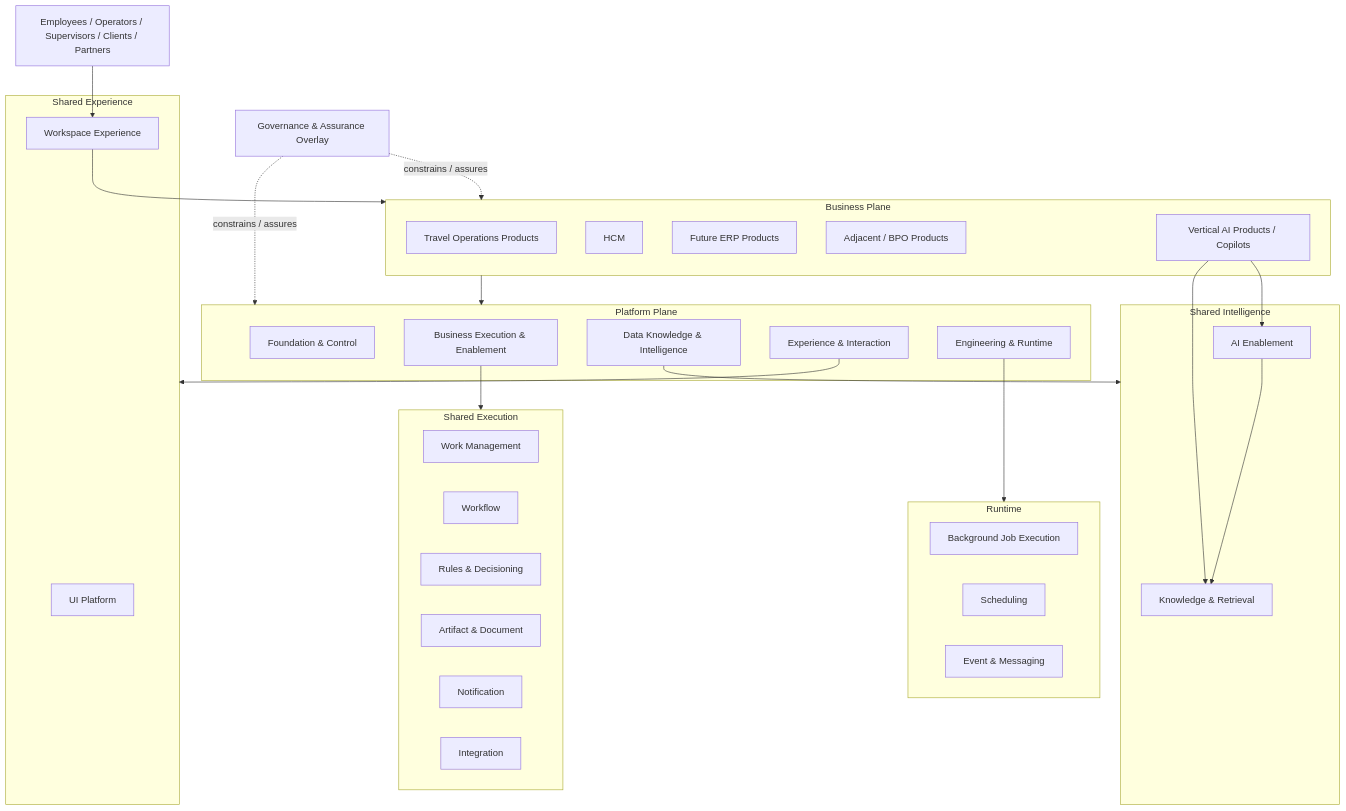
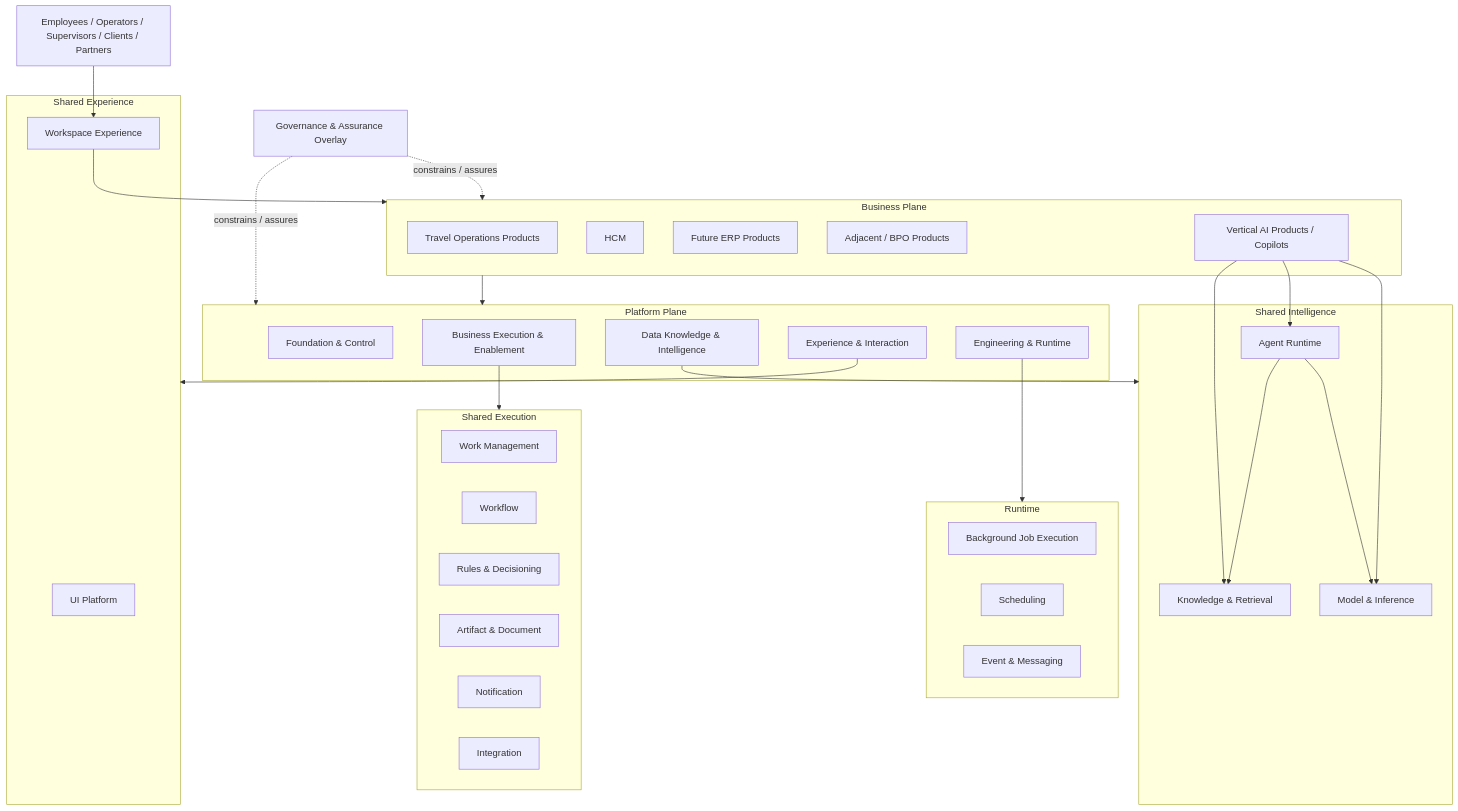
One commit to anshacerbia2/scnehaux-architecture changed the first of 2 diagrams in 01-enterprise/EAD-002-enterprise-system-landscape.md. Above: the diagram before and after it, drawn with Mermaid. The commit also changed other lines of this file and 30 other files, not shown here.

Commit message:
refine platform execution and AI architecture

````diff
--- a/01-enterprise/EAD-002-enterprise-system-landscape.md
+++ b/01-enterprise/EAD-002-enterprise-system-landscape.md
@@ -83,62 +83,65 @@
 ```mermaid
 graph TB
     USERS[Employees / Operators / Supervisors / Clients / Partners]
 
     subgraph BUSINESS[Business Plane]
         TRAVEL[Travel Operations Products]
         HCM[HCM]
         ERP[Future ERP Products]
         BPO[Adjacent / BPO Products]
         VAI[Vertical AI Products / Copilots]
     end
 
     subgraph PLATFORM[Platform Plane]
         FC[Foundation & Control]
         BEE[Business Execution & Enablement]
         DKI[Data Knowledge & Intelligence]
         EI[Experience & Interaction]
         ER[Engineering & Runtime]
     end
 
     subgraph DKI_DETAIL[Shared Intelligence]
         KNOW[Knowledge & Retrieval]
-        AI[AI Enablement]
+        MODEL[Model & Inference]
+        AGENT[Agent Runtime]
     end
 
     subgraph EI_DETAIL[Shared Experience]
         UI[UI Platform]
         WX[Workspace Experience]
     end
 
     subgraph BEE_DETAIL[Shared Execution]
         WORK[Work Management]
         FLOW[Workflow]
         RULES[Rules & Decisioning]
         ART[Artifact & Document]
         NOTIF[Notification]
         INT[Integration]
     end
 
     subgraph ER_DETAIL[Runtime]
         JOB[Background Job Execution]
         SCHED[Scheduling]
         MSG[Event & Messaging]
     end
 
     GOV[Governance & Assurance Overlay]
 
     USERS --> WX
     WX --> BUSINESS
     BUSINESS --> PLATFORM
-    VAI --> AI
+    VAI --> MODEL
+    VAI --> AGENT
     VAI --> KNOW
-    AI --> KNOW
+    AGENT --> MODEL
+    AGENT --> KNOW
 
     BEE --> BEE_DETAIL
     DKI --> DKI_DETAIL
     EI --> EI_DETAIL
     ER --> ER_DETAIL
 
     GOV -. constrains / assures .-> BUSINESS
     GOV -. constrains / assures .-> PLATFORM
 ```
````
